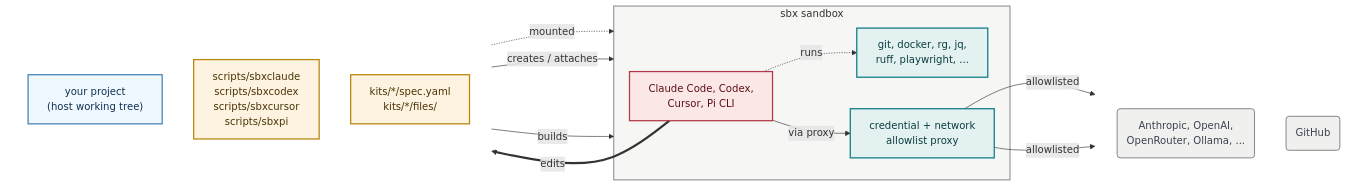
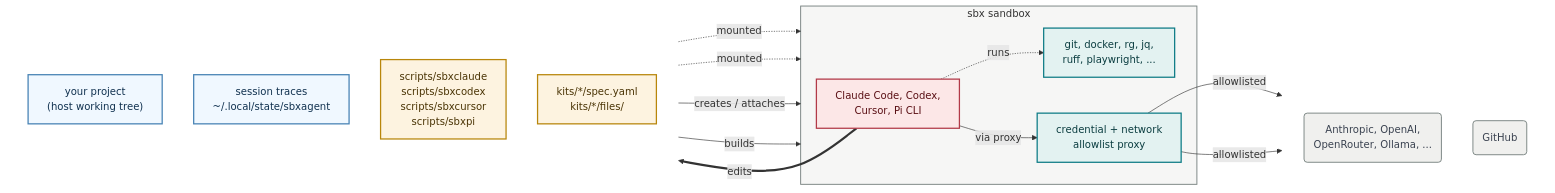
One commit to lars20070/sbxagent changed the diagram in README.md. Above: the diagram before and after it, drawn with Mermaid. The commit also changed other lines of this file, not shown here.

Commit message:
Add session traces to Mermaid diagrm

````diff
--- a/README.md
+++ b/README.md
@@ -17,43 +17,45 @@
 ```mermaid
 flowchart LR
   subgraph IN[" "]
     direction TB
     PROJ["your project<br/>(host working tree)"]
+    STATE["session traces<br/>~/.local/state/sbxagent"]
     DRV["scripts/sbxclaude<br/>scripts/sbxcodex<br/>scripts/sbxcursor<br/>scripts/sbxpi"]
     KIT["kits/*/spec.yaml<br/>kits/*/files/"]
   end
 
   subgraph VM["sbx sandbox"]
     AGENT["Claude Code, Codex,<br/>Cursor, Pi CLI"]
     TOOLS["git, docker, rg, jq,<br/>ruff, playwright, ..."]
     PROXY["credential + network<br/>allowlist proxy"]
   end
 
   subgraph NET[" "]
     direction TB
     LLM("Anthropic, OpenAI, <br/>OpenRouter, Ollama, ...")
     GH("GitHub")
   end
 
   PROJ -.->|"mounted"| VM
+  STATE -.->|"mounted"| VM
   DRV -->|"creates / attaches"| VM
   KIT -->|"builds"| VM
   AGENT -.->|"runs"| TOOLS
   AGENT -->|"via proxy"| PROXY
   PROXY -->|"allowlisted"| LLM & GH
   AGENT ==>|"edits"| PROJ
 
   classDef data    fill:aliceblue,stroke:steelblue,stroke-width:2px,color:#10314F
   classDef host    fill:#FDF3E0,stroke:#B8860B,stroke-width:2px,color:#4A3405
   classDef helper  fill:#E3F2F1,stroke:#0E7C86,stroke-width:2px,color:#0B3D40
   classDef agent   fill:#FCE7E7,stroke:#B23A48,stroke-width:2px,color:#5A1015
   classDef ext     fill:#F0F0EE,stroke:#7A8482,stroke-width:1.5px,color:#3A4250
-  class PROJ data
+  class PROJ,STATE data
   class KIT,DRV host
   class TOOLS,PROXY helper
   class AGENT agent
   class GH,LLM ext
   style VM fill:#F6F6F5,stroke:#7A8482,stroke-width:1.5px
   style IN fill:none,stroke:none
   style NET fill:none,stroke:none
 ```
````
